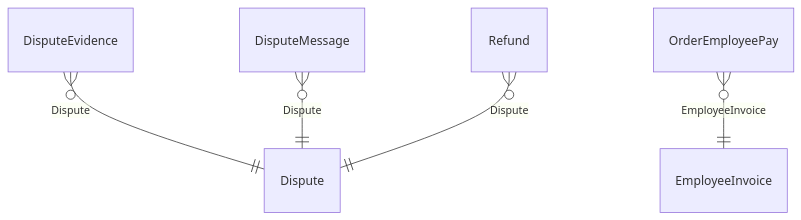
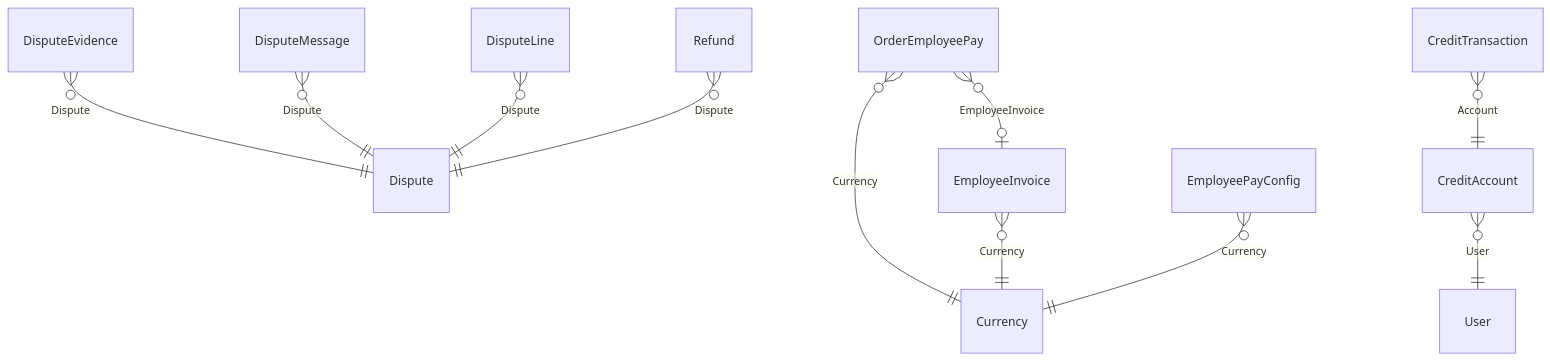
One commit to VM-s-Solutions/cleansia changed the fourth of 5 diagrams in docs/domain/model.md. Above: the diagram before and after it, drawn with Mermaid. The commit also changed other lines of this file and 11 other files, not shown here.

````diff
--- a/docs/domain/model.md
+++ b/docs/domain/model.md
@@ -100,7 +141,13 @@
 ```mermaid
 erDiagram
   DisputeEvidence }o--|| Dispute : "Dispute"
   DisputeMessage }o--|| Dispute : "Dispute"
+  DisputeLine }o--|| Dispute : "Dispute"
   Refund }o--|| Dispute : "Dispute"
-  OrderEmployeePay }o--|| EmployeeInvoice : "EmployeeInvoice"
+  OrderEmployeePay }o--o| EmployeeInvoice : "EmployeeInvoice"
+  OrderEmployeePay }o--|| Currency : "Currency"
+  EmployeeInvoice }o--|| Currency : "Currency"
+  EmployeePayConfig }o--|| Currency : "Currency"
+  CreditAccount }o--|| User : "User"
+  CreditTransaction }o--|| CreditAccount : "Account"
 ```
````
